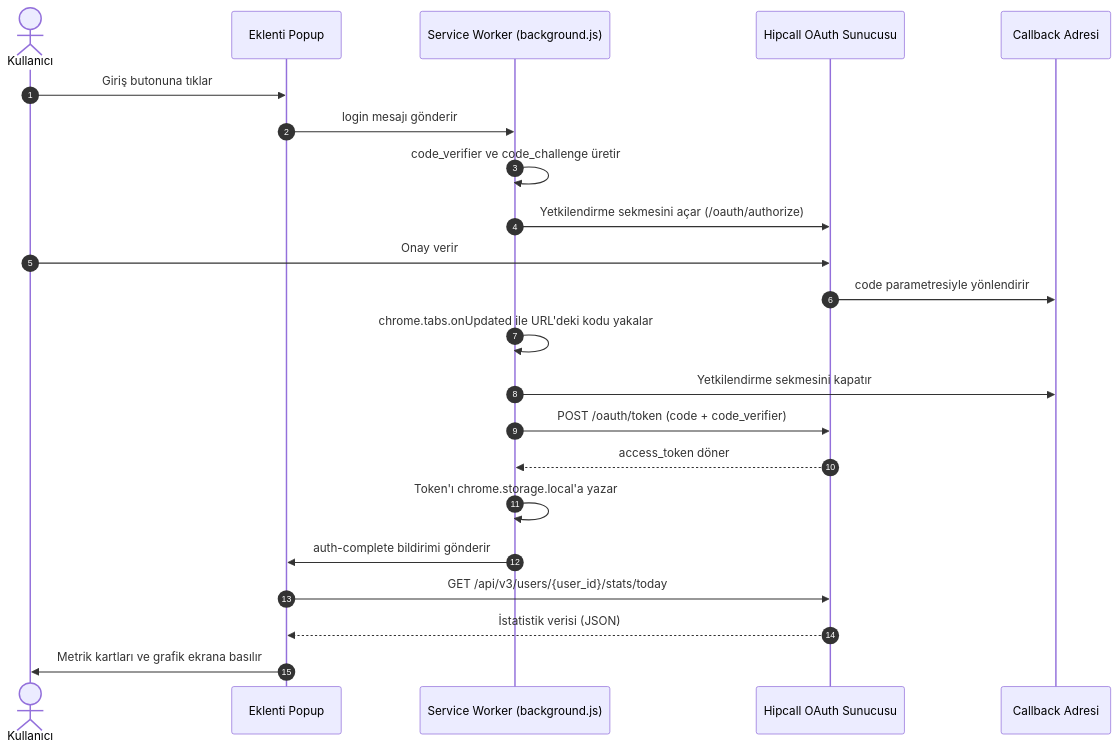
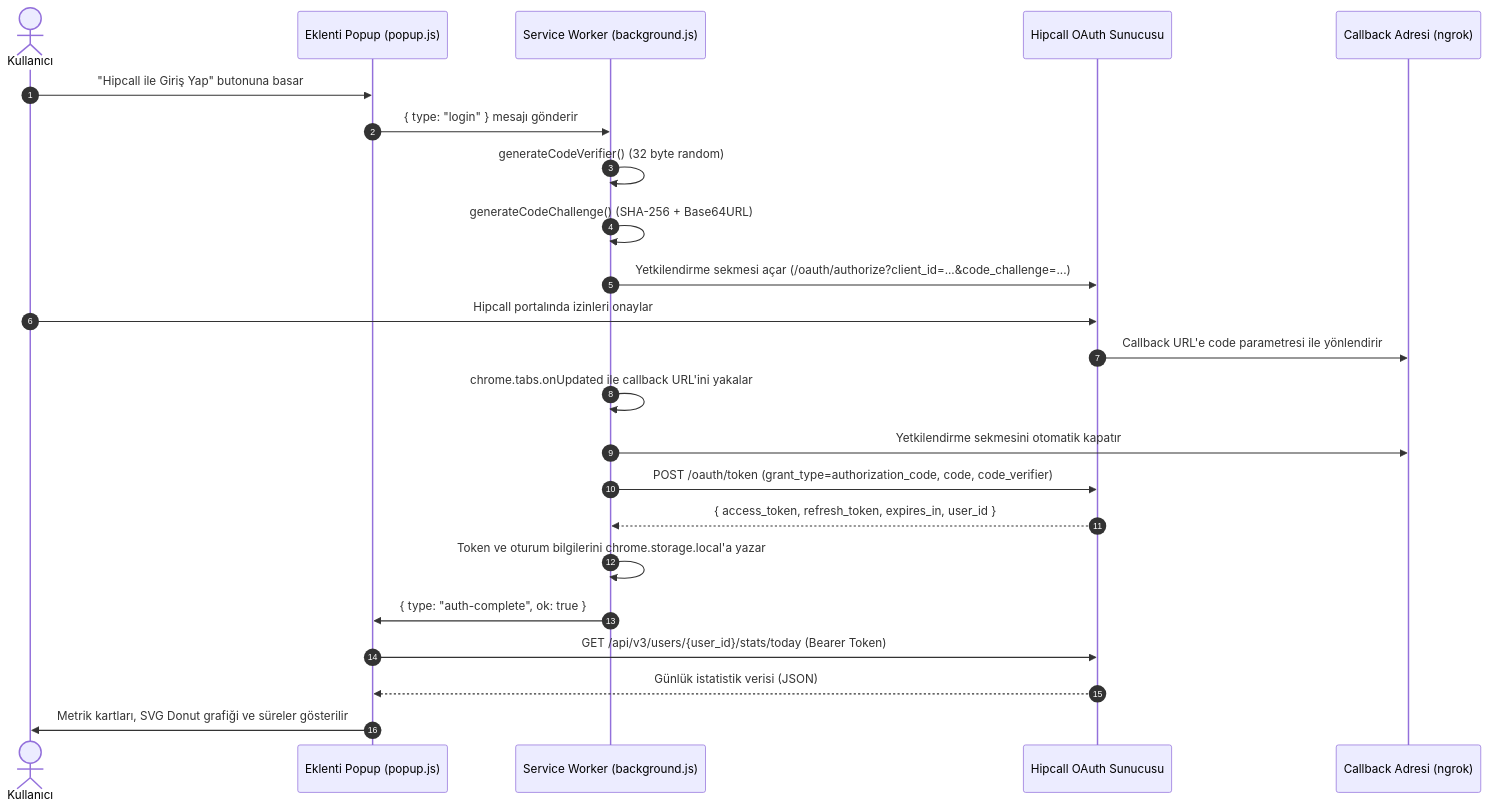
Before and after one commit to Fabsava/HipcallExtension: the diagram in README.md, drawn with Mermaid. The commit also changed other lines of this file and 4 other files, not shown here.

Commit message:
docs: expand technical README and add config.local.js workflow for OAuth credentials

````diff
--- a/README.md
+++ b/README.md
@@ -30,25 +85,26 @@
 ```mermaid
 sequenceDiagram
     autonumber
     actor User as Kullanıcı
-    participant Popup as Eklenti Popup
+    participant Popup as Eklenti Popup (popup.js)
     participant SW as Service Worker (background.js)
     participant Hipcall as Hipcall OAuth Sunucusu
-    participant Redirect as Callback Adresi
+    participant Redirect as Callback Adresi (ngrok)
 
-    User->>Popup: Giriş butonuna tıklar
-    Popup->>SW: login mesajı gönderir
-    SW->>SW: code_verifier ve code_challenge üretir
-    SW->>Hipcall: Yetkilendirme sekmesini açar (/oauth/authorize)
-    User->>Hipcall: Onay verir
-    Hipcall->>Redirect: code parametresiyle yönlendirir
-    SW->>SW: chrome.tabs.onUpdated ile URL'deki kodu yakalar
-    SW->>Redirect: Yetkilendirme sekmesini kapatır
-    SW->>Hipcall: POST /oauth/token (code + code_verifier)
-    Hipcall-->>SW: access_token döner
-    SW->>SW: Token'ı chrome.storage.local'a yazar
-    SW->>Popup: auth-complete bildirimi gönderir
-    Popup->>Hipcall: GET /api/v3/users/{user_id}/stats/today
-    Hipcall-->>Popup: İstatistik verisi (JSON)
-    Popup->>User: Metrik kartları ve grafik ekrana basılır
+    User->>Popup: "Hipcall ile Giriş Yap" butonuna basar
+    Popup->>SW: { type: "login" } mesajı gönderir
+    SW->>SW: generateCodeVerifier() (32 byte random)
+    SW->>SW: generateCodeChallenge() (SHA-256 + Base64URL)
+    SW->>Hipcall: Yetkilendirme sekmesi açar (/oauth/authorize?client_id=...&code_challenge=...)
+    User->>Hipcall: Hipcall portalında izinleri onaylar
+    Hipcall->>Redirect: Callback URL'e code parametresi ile yönlendirir
+    SW->>SW: chrome.tabs.onUpdated ile callback URL'ini yakalar
+    SW->>Redirect: Yetkilendirme sekmesini otomatik kapatır
+    SW->>Hipcall: POST /oauth/token (grant_type=authorization_code, code, code_verifier)
+    Hipcall-->>SW: { access_token, refresh_token, expires_in, user_id }
+    SW->>SW: Token ve oturum bilgilerini chrome.storage.local'a yazar
+    SW->>Popup: { type: "auth-complete", ok: true }
+    Popup->>Hipcall: GET /api/v3/users/{user_id}/stats/today (Bearer Token)
+    Hipcall-->>Popup: Günlük istatistik verisi (JSON)
+    Popup->>User: Metrik kartları, SVG Donut grafiği ve süreler gösterilir
 ```
````
